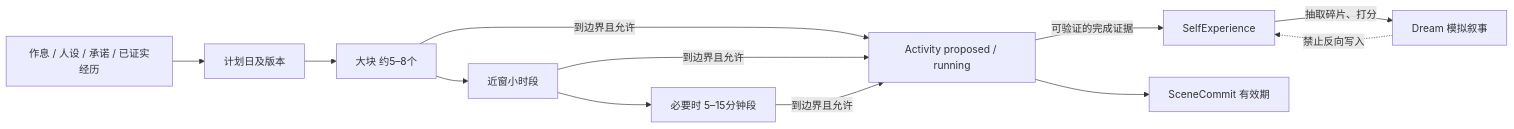
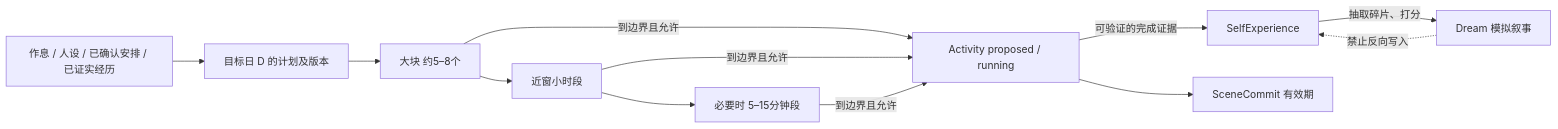
One commit to qsbb/ling changed the diagram in docs/DREAM-SCHEDULE-DESIGN.md. Above: the diagram before and after it, drawn with Mermaid. The commit also changed other lines of this file, not shown here.

````diff
--- a/docs/DREAM-SCHEDULE-DESIGN.md
+++ b/docs/DREAM-SCHEDULE-DESIGN.md
@@ -32,12 +32,12 @@
 ```mermaid
 flowchart LR
-  R[作息 / 人设 / 承诺 / 已证实经历] --> P[计划日及版本]
+  R[作息 / 人设 / 已确认安排 / 已证实经历] --> P[目标日 D 的计划及版本]
   P --> B[大块 约5–8个]
   B --> H[近窗小时段]
   H --> M[必要时 5–15分钟段]
   B & H & M -->|到边界且允许| A[Activity proposed / running]
   A -->|可验证的完成证据| E[SelfExperience]
   A --> S[SceneCommit 有效期]
   E -->|抽取碎片、打分| D[Dream 模拟叙事]
   D -. 禁止反向写入 .-> E
 ```
````
